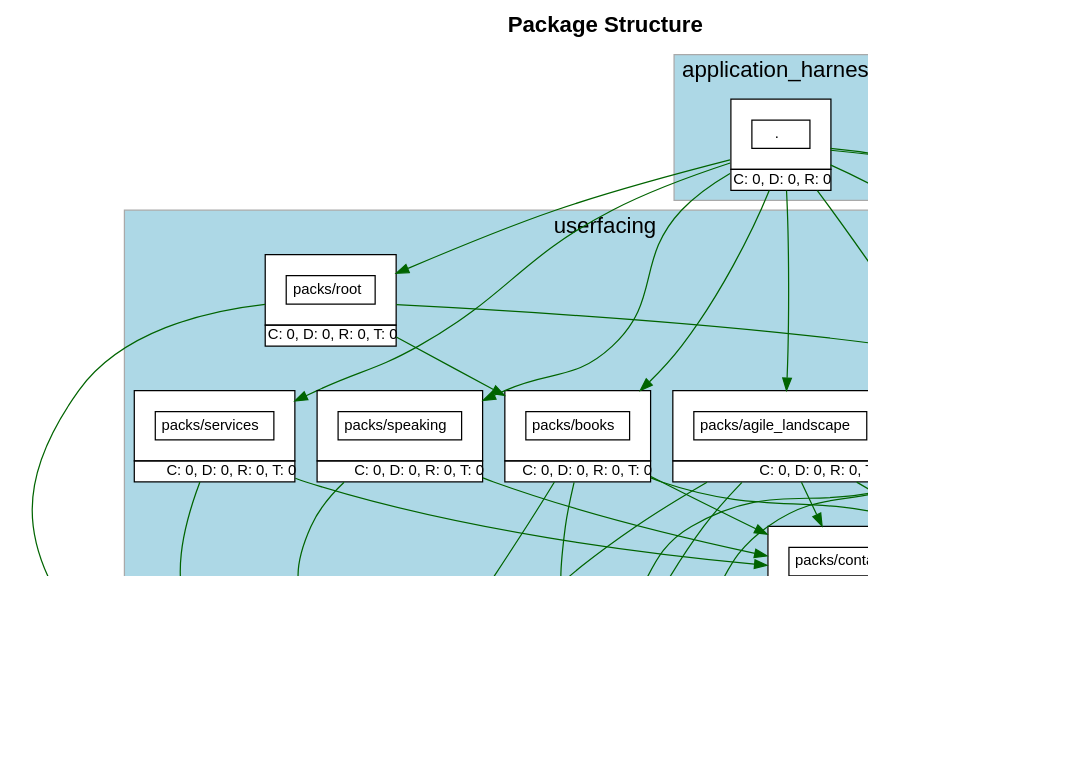
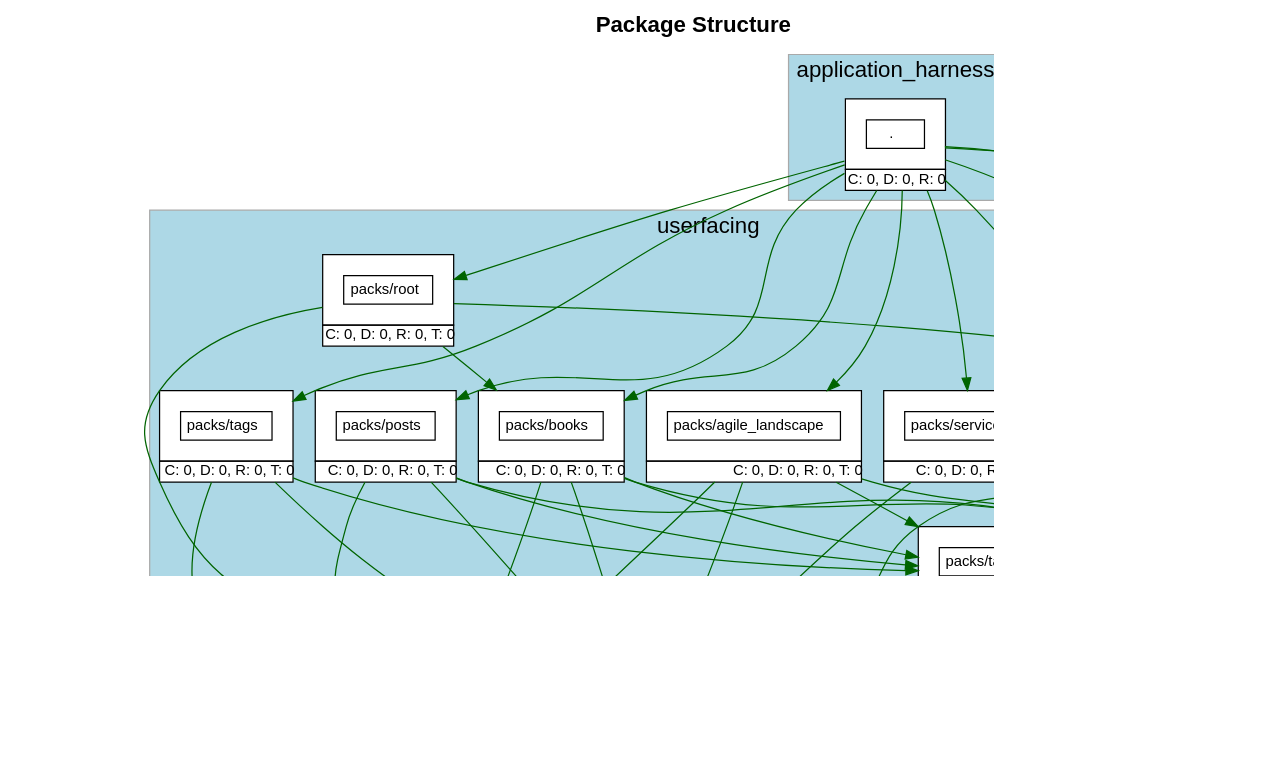
One commit to shageman/stephanhagemann.com changed the diagram in packs.dot. Above: the diagram before and after it, drawn with Graphviz. The commit also changed 15 other files, not shown here.

```diff
--- a/packs.dot
+++ b/packs.dot
@@ -137,6 +137,19 @@
               >
           ]
         
+        "packs/taggable" [
+            fontsize=12.0
+            label= <
+                <table border='0' cellborder='1' cellspacing='0' cellpadding='16'><tr><td>
+                  <table border='0' cellborder='1' cellspacing='0' cellpadding='4'>
+                    <tr> <td port='private'> packs/taggable </td> </tr>
+                  </table>
+                  </td></tr>
+                  <tr><td CELLPADDING='1' ALIGN='RIGHT'>D: 0, R: 0, T: 0</td></tr>
+                  </table>
+              >
+          ]
+        
         "packs/tags" [
             fontsize=12.0
             label= <
@@ -158,6 +171,7 @@
               "." -> "packs/root" [ style=invis ]
               "." -> "packs/services" [ style=invis ]
               "." -> "packs/speaking" [ style=invis ]
+              "." -> "packs/taggable" [ style=invis ]
               "." -> "packs/tags" [ style=invis ]
     subgraph utility {
       shape=box
@@ -200,6 +214,7 @@
               "packs/root" -> "packs/backlinks" [ style=invis ]
               "packs/services" -> "packs/backlinks" [ style=invis ]
               "packs/speaking" -> "packs/backlinks" [ style=invis ]
+              "packs/taggable" -> "packs/backlinks" [ style=invis ]
               "packs/tags" -> "packs/backlinks" [ style=invis ]
               "packs/agile_landscape" -> "packs/rails_shims" [ style=invis ]
               "packs/books" -> "packs/rails_shims" [ style=invis ]
@@ -208,6 +223,7 @@
               "packs/root" -> "packs/rails_shims" [ style=invis ]
               "packs/services" -> "packs/rails_shims" [ style=invis ]
               "packs/speaking" -> "packs/rails_shims" [ style=invis ]
+              "packs/taggable" -> "packs/rails_shims" [ style=invis ]
               "packs/tags" -> "packs/rails_shims" [ style=invis ]
     subgraph NotInLayer {
       shape=box
@@ -224,20 +240,21 @@
           "." -> "packs/root" [ color=darkgreen ]
           "." -> "packs/services" [ color=darkgreen ]
           "." -> "packs/speaking" [ color=darkgreen ]
+          "." -> "packs/taggable" [ color=darkgreen ]
           "." -> "packs/tags" [ color=darkgreen ]
           "packs/agile_landscape" -> "packs/backlinks" [ color=darkgreen ]
           "packs/agile_landscape" -> "packs/contact" [ color=darkgreen ]
           "packs/agile_landscape" -> "packs/rails_shims" [ color=darkgreen ]
-          "packs/agile_landscape" -> "packs/tags" [ color=darkgreen ]
+          "packs/agile_landscape" -> "packs/taggable" [ color=darkgreen ]
           "packs/books" -> "packs/backlinks" [ color=darkgreen ]
           "packs/books" -> "packs/contact" [ color=darkgreen ]
           "packs/books" -> "packs/rails_shims" [ color=darkgreen ]
-          "packs/books" -> "packs/tags" [ color=darkgreen ]
+          "packs/books" -> "packs/taggable" [ color=darkgreen ]
           "packs/contact" -> "packs/rails_shims" [ color=darkgreen ]
           "packs/posts" -> "packs/backlinks" [ color=darkgreen ]
           "packs/posts" -> "packs/contact" [ color=darkgreen ]
           "packs/posts" -> "packs/rails_shims" [ color=darkgreen ]
-          "packs/posts" -> "packs/tags" [ color=darkgreen ]
+          "packs/posts" -> "packs/taggable" [ color=darkgreen ]
           "packs/root" -> "packs/books" [ color=darkgreen ]
           "packs/root" -> "packs/contact" [ color=darkgreen ]
           "packs/root" -> "packs/rails_shims" [ color=darkgreen ]
@@ -245,8 +262,11 @@
           "packs/services" -> "packs/rails_shims" [ color=darkgreen ]
           "packs/speaking" -> "packs/contact" [ color=darkgreen ]
           "packs/speaking" -> "packs/rails_shims" [ color=darkgreen ]
+          "packs/taggable" -> "packs/backlinks" [ color=darkgreen ]
+          "packs/taggable" -> "packs/rails_shims" [ color=darkgreen ]
           "packs/tags" -> "packs/backlinks" [ color=darkgreen ]
           "packs/tags" -> "packs/rails_shims" [ color=darkgreen ]
+          "packs/tags" -> "packs/taggable" [ color=darkgreen ]
   subgraph cluster_teams_legend {
     fontsize=16
     label="Team Colors"
```
